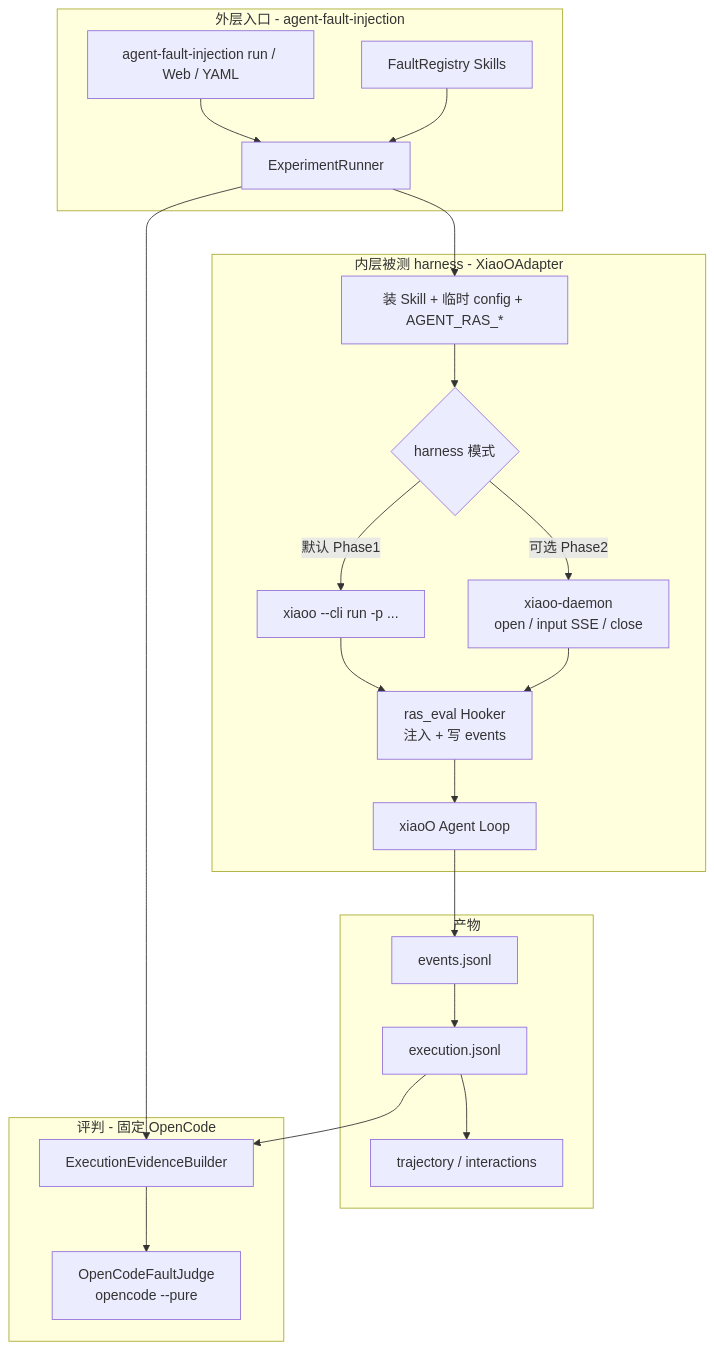
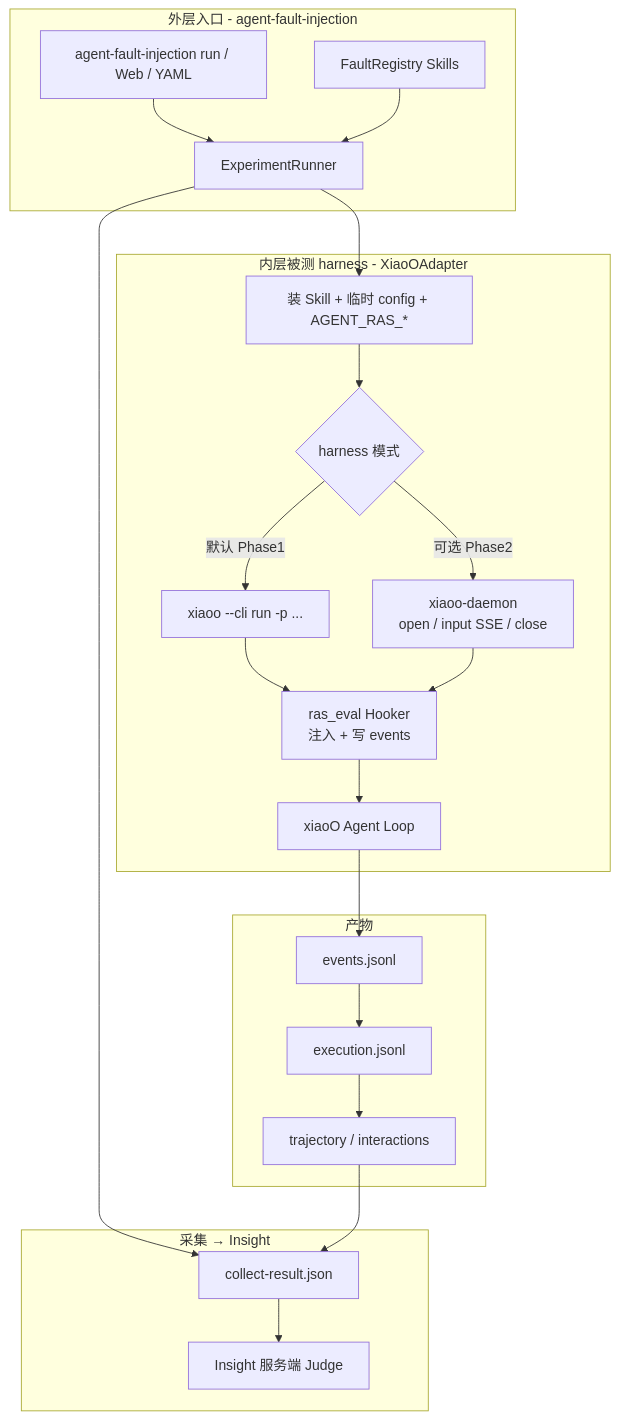
One commit to openeuler-mirror/agent-insight changed the first of 4 diagrams in docs/agent-fault-injection/designs/xiaoo-platform-adaptation.md. Above: the diagram before and after it, drawn with Mermaid. The commit also changed other lines of this file and 200 other files, not shown here.

First line of the commit message:
feat(fi): 扁平化 agent_fault_injection 并去掉本机 Judge

````diff
--- a/docs/agent-fault-injection/designs/xiaoo-platform-adaptation.md
+++ b/docs/agent-fault-injection/designs/xiaoo-platform-adaptation.md
@@ -38,40 +38,40 @@
 ```mermaid
 flowchart TB
   subgraph outer [外层入口 - agent-fault-injection]
     CLI["agent-fault-injection run / Web / YAML"]
     Runner[ExperimentRunner]
     Faults[FaultRegistry Skills]
   end
 
   subgraph harness [内层被测 harness - XiaoOAdapter]
     Prep["装 Skill + 临时 config + AGENT_RAS_*"]
     Choice{harness 模式}
     CliRun["xiaoo --cli run -p ..."]
     Daemon["xiaoo-daemon<br/>open / input SSE / close"]
     Hook[ras_eval Hooker<br/>注入 + 写 events]
     Loop[xiaoO Agent Loop]
   end
 
   subgraph artifacts [产物]
     Events[events.jsonl]
     Exec[execution.jsonl]
     Traj[trajectory / interactions]
   end
 
-  subgraph judge [评判 - 固定 OpenCode]
-    Ev[ExecutionEvidenceBuilder]
-    OJ[OpenCodeFaultJudge<br/>opencode --pure]
+  subgraph collect [采集 → Insight]
+    Payload[collect-result.json]
+    InsightJudge[Insight 服务端 Judge]
   end
 
   CLI --> Runner
   Faults --> Runner
   Runner --> Prep --> Choice
   Choice -->|默认 Phase1| CliRun
   Choice -->|可选 Phase2| Daemon
   CliRun --> Hook
   Daemon --> Hook
   Hook --> Loop
   Loop --> Events --> Exec --> Traj
-  Runner --> Ev --> OJ
-  Exec --> Ev
+  Runner --> Payload --> InsightJudge
+  Traj --> Payload
 ```
````
